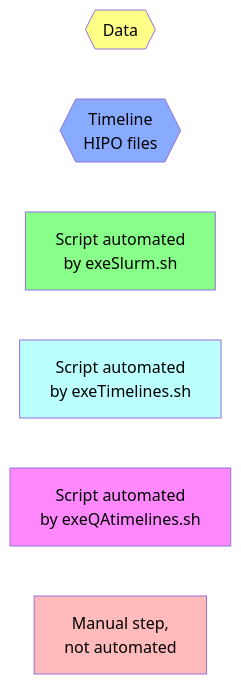
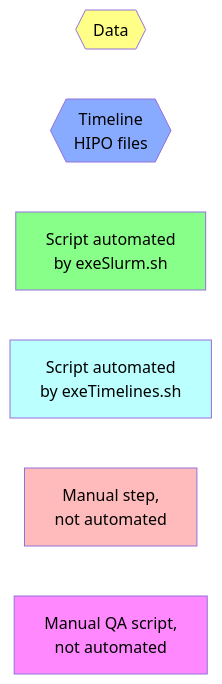
Before and after one commit to c-dilks/clasqa: the first of 3 diagrams in docs/docDiagram.md, drawn with Mermaid. The commit also changed other lines of this file, not shown here.

Commit message:
modified:   docs/docDiagram.md

````diff
--- a/docs/docDiagram.md
+++ b/docs/docDiagram.md
@@ -4,16 +4,16 @@
 ```mermaid
 flowchart LR
     data{{Data}}:::data
     timeline{{Timeline<br/>HIPO files}}:::timeline
     exeSlurm[Script automated<br/>by exeSlurm.sh]:::exeSlurm
     exeTimeline[Script automated<br/>by exeTimelines.sh]:::exeTimeline
-    exeQA[Script automated<br/>by exeQAtimelines.sh]:::exeQA
     manual[Manual step,<br/>not automated]:::manual
+    qaScript[Manual QA script,<br/>not automated]:::qaScript
 
     classDef data fill:#ff8,color:black
     classDef exeSlurm fill:#8f8,color:black
     classDef exeTimeline fill:#bff,color:black
     classDef manual fill:#fbb,color:black
     classDef timeline fill:#8af,color:black
-    classDef exeQA fill:#f8f,color:black
+    classDef qaScript fill:#f8f,color:black
 ```
````
